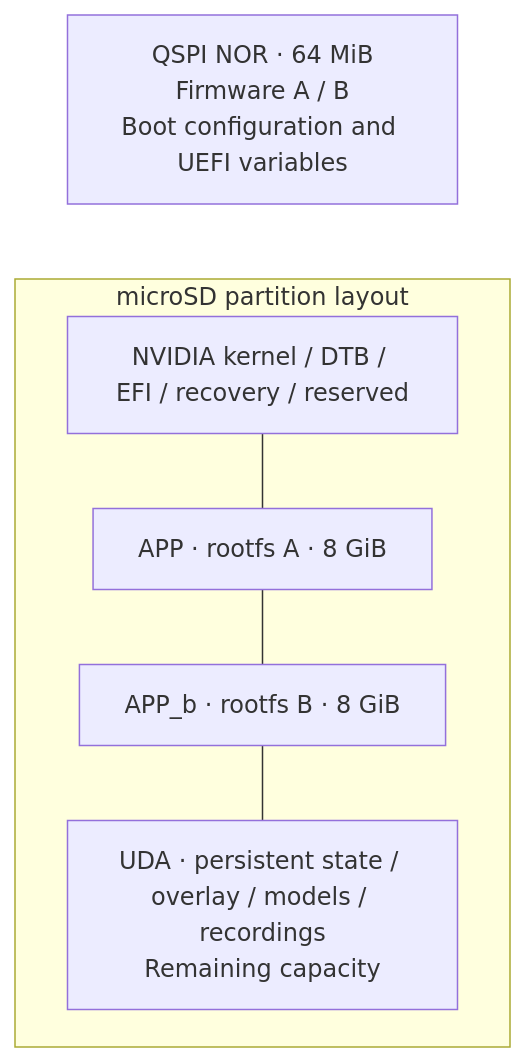
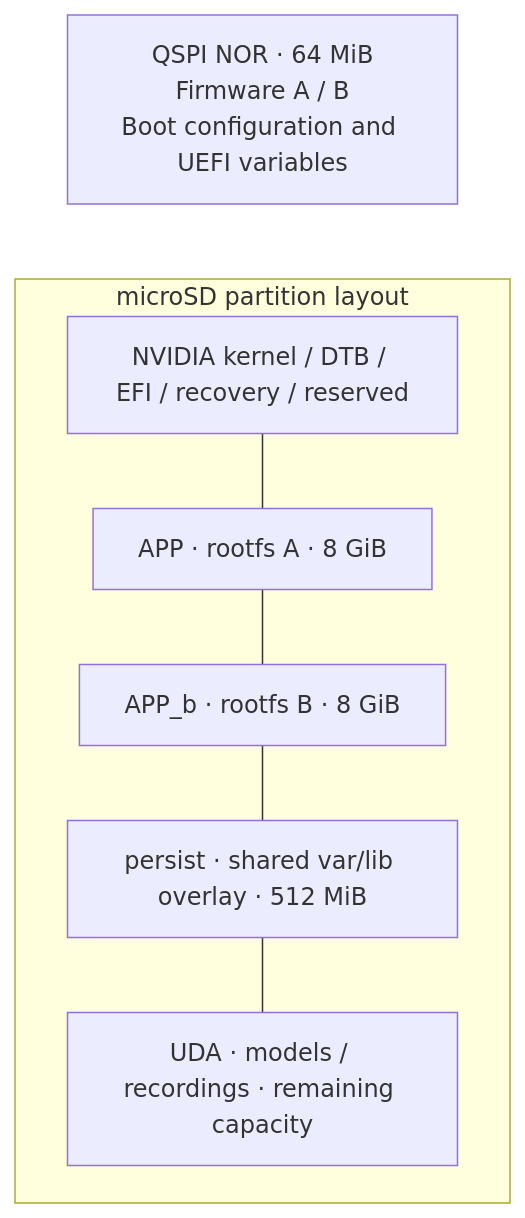
One commit to Swamy-BV/meta-axiom changed the diagram in README.md. Above: the diagram before and after it, drawn with Mermaid. The commit also changed other lines of this file and 13 other files, not shown here.

Commit message:
Add shared persistent partition and Yocto var-lib overlay

````diff
--- a/README.md
+++ b/README.md
@@ -7,12 +7,13 @@
 ```mermaid
 flowchart TB
     Q["QSPI NOR · 64 MiB<br/>Firmware A / B<br/>Boot configuration and UEFI variables"]
     subgraph SD["microSD partition layout"]
         BOOT["NVIDIA kernel / DTB / EFI / recovery / reserved"]
         A["APP · rootfs A · 8 GiB"]
         B["APP_b · rootfs B · 8 GiB"]
-        D["UDA · persistent state / overlay / models / recordings<br/>Remaining capacity"]
-        BOOT --- A --- B --- D
+        P["persist · shared var/lib overlay · 512 MiB"]
+        D["UDA · models / recordings · remaining capacity"]
+        BOOT --- A --- B --- P --- D
     end
     Q ~~~ BOOT
 ```
````
